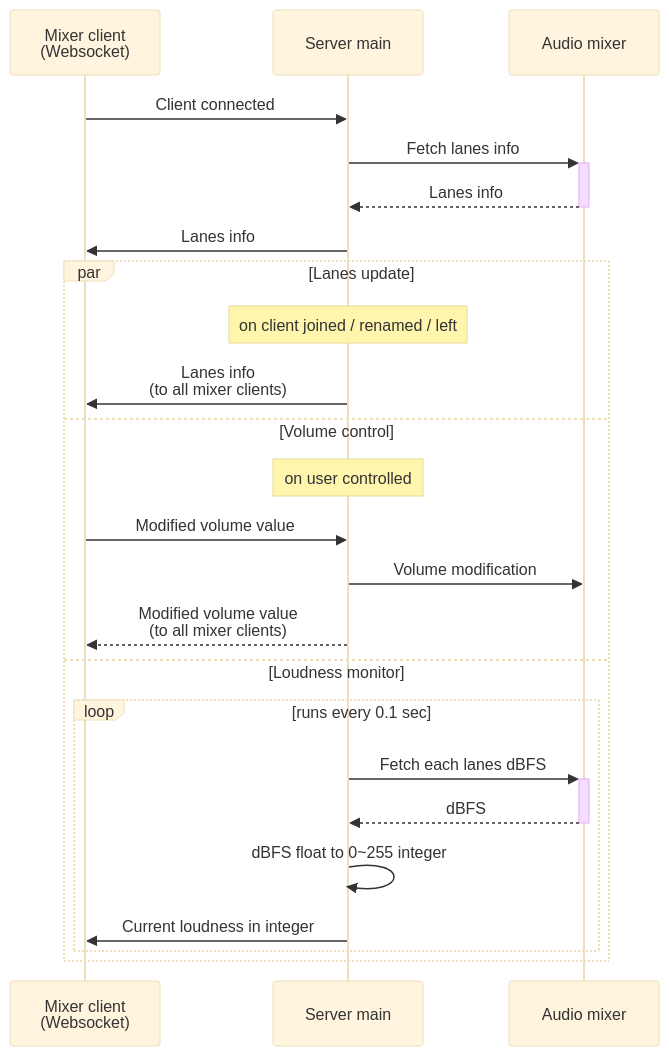
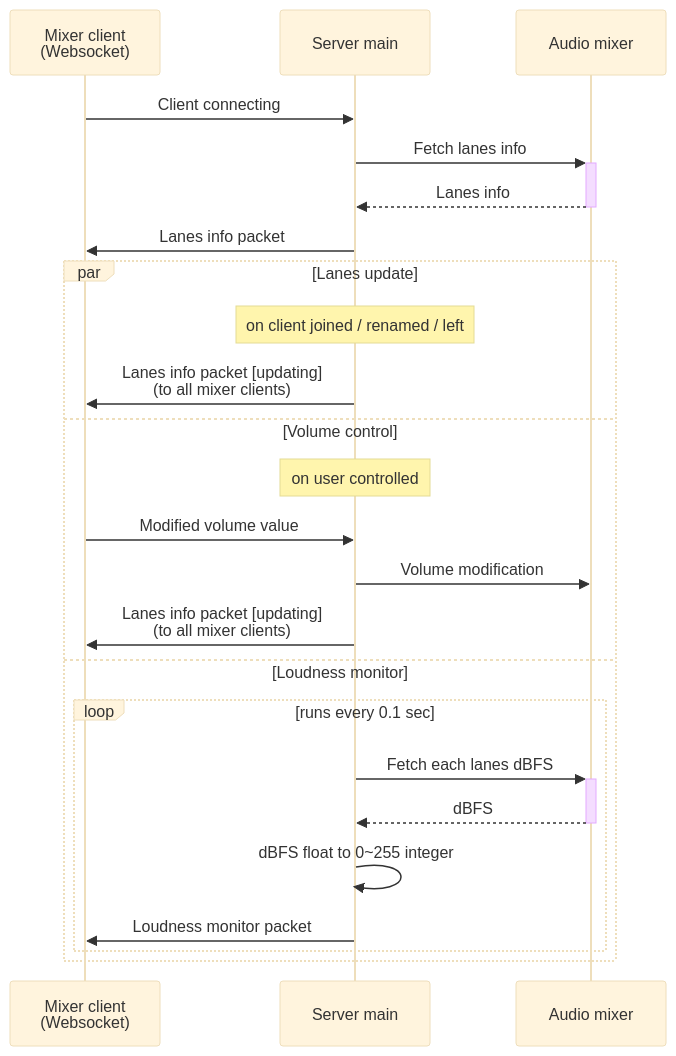
One commit to aKuad/web-intercom changed the second of 2 diagrams in designs/server-sequence.md. Above: the diagram before and after it, drawn with Mermaid (base theme). The commit also changed other lines of this file, not shown here.

Commit message:
Mod: `server-sequence.md` Websocket communication describe with packet name

````diff
--- a/designs/server-sequence.md
+++ b/designs/server-sequence.md
@@ -24,28 +24,28 @@
 ```mermaid
 sequenceDiagram
   participant WSM as Mixer client<br>(Websocket)
   participant S as Server main
   participant AM as Audio mixer
 
-  WSM->>S: Client connected
+  WSM->>S: Client connecting
   S->>+AM: Fetch lanes info
   AM-->>-S: Lanes info
-  S->>WSM: Lanes info
+  S->>WSM: Lanes info packet
 
   par Lanes update
     Note over S: on client joined / renamed / left
-    S->>WSM: Lanes info<br>(to all mixer clients)
+    S->>WSM: Lanes info packet [updating]<br>(to all mixer clients)
   and Volume control
     Note over S: on user controlled
     WSM->>S: Modified volume value
     S->>AM: Volume modification
-    S-->>WSM: Modified volume value<br>(to all mixer clients)
+    S->>WSM: Lanes info packet [updating]<br>(to all mixer clients)
   and Loudness monitor
     loop runs every 0.1 sec
       S->>+AM: Fetch each lanes dBFS
       AM-->>-S: dBFS
       S->>S: dBFS float to 0~255 integer
-      S->>WSM: Current loudness in integer
+      S->>WSM: Loudness monitor packet
     end
   end
 ```
````
